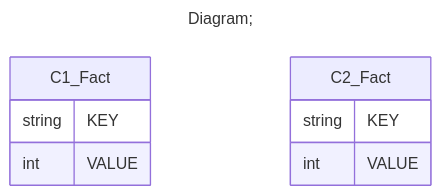
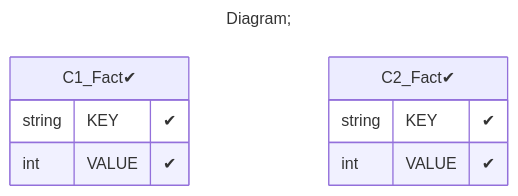
One commit to xmla-services/workground changed the fourth of 4 diagrams in demo/server/catalogs/min_VirtualCube_Measure_only/README.MD. Above: the diagram before and after it, drawn with Mermaid. The commit also changed 44 other files, not shown here.

Commit message:
tutorials. add flags (positive, negative) in database diagram Signed-off-by: dbulahov <bulahovdenis@gmail.com>

````diff
--- a/demo/server/catalogs/min_VirtualCube_Measure_only/README.MD
+++ b/demo/server/catalogs/min_VirtualCube_Measure_only/README.MD
@@ -84,15 +84,15 @@
 ```mermaid
 ---
 title: Diagram;
 ---
 erDiagram
-C1_Fact{
-string KEY
-int VALUE
+"C1_Fact✔"{
+string KEY "✔"
+int VALUE "✔"
 }
-C2_Fact{
-string KEY
-int VALUE
+"C2_Fact✔"{
+string KEY "✔"
+int VALUE "✔"
 }
 
 ```
````
